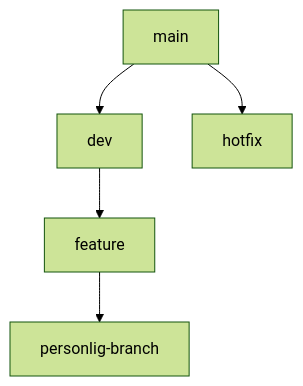
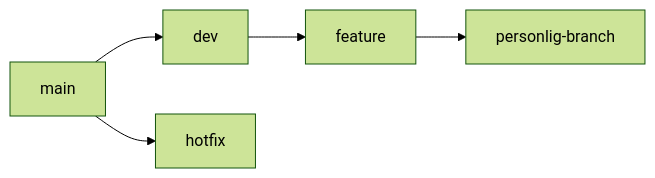
Before and after one commit to SW-SEP4-S23/.github: the diagram in profile/README.md, drawn with Mermaid (forest theme).

````diff
--- a/profile/README.md
+++ b/profile/README.md
@@ -12,7 +12,7 @@
 ```mermaid
-graph TD;
+graph LR;
     main-->dev;
     main-->hotfix;
     dev-->feature;
     feature-->personlig-branch;
 ```
````
